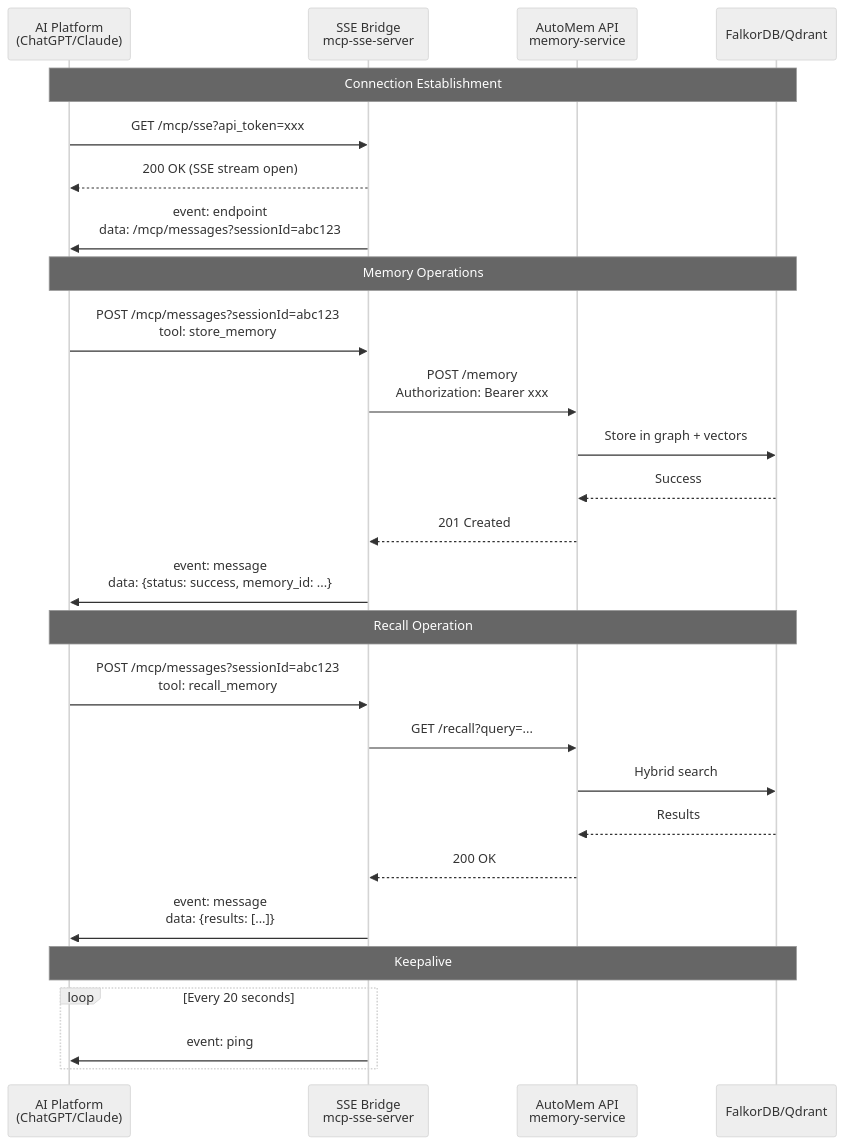
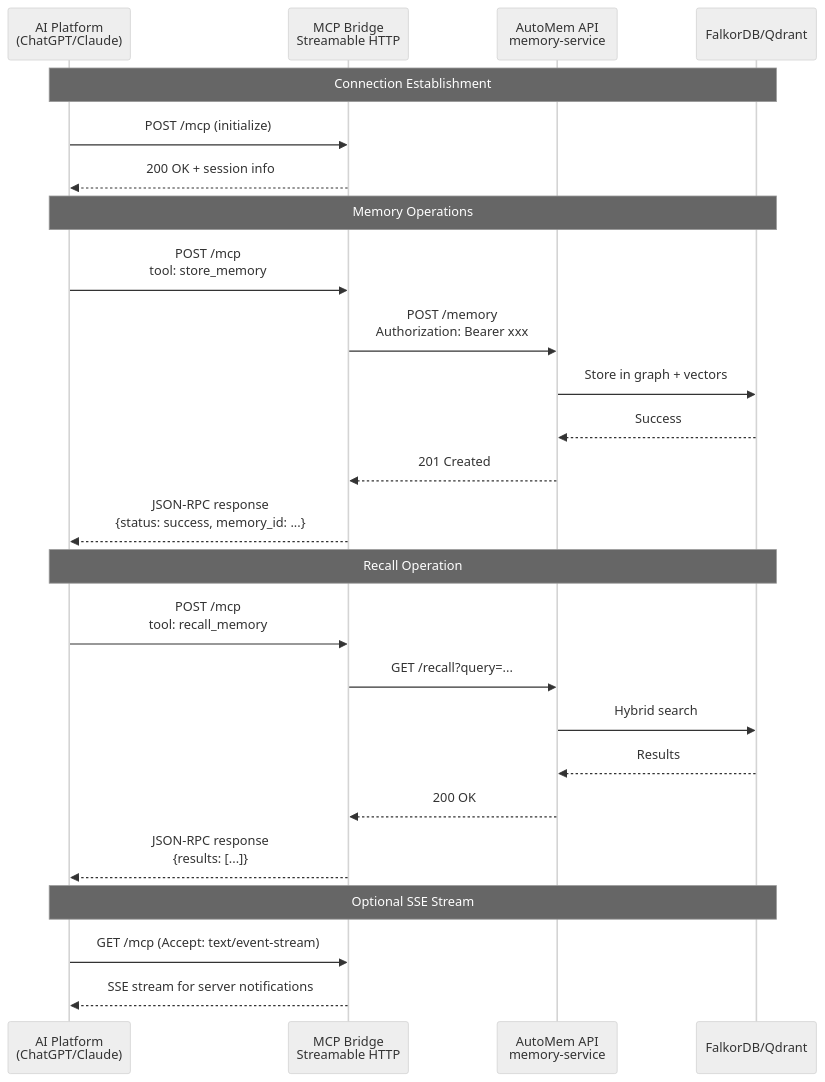
Before and after one commit to verygoodplugins/automem: the second of 2 diagrams in docs/MCP_SSE.md, drawn with Mermaid (neutral theme). The commit also changed other lines of this file and 2 other files, not shown here.

First line of the commit message:
docs: update diagrams for Streamable HTTP transport

````diff
--- a/docs/MCP_SSE.md
+++ b/docs/MCP_SSE.md
@@ -159,33 +165,31 @@
 ```mermaid
 sequenceDiagram
     participant Client as AI Platform<br/>(ChatGPT/Claude)
-    participant SSE as SSE Bridge<br/>mcp-sse-server
+    participant MCP as MCP Bridge<br/>Streamable HTTP
     participant API as AutoMem API<br/>memory-service
     participant DB as FalkorDB/Qdrant
 
     Note over Client,DB: Connection Establishment
-    Client->>SSE: GET /mcp/sse?api_token=xxx
-    SSE-->>Client: 200 OK (SSE stream open)
-    SSE->>Client: event: endpoint<br/>data: /mcp/messages?sessionId=abc123
+    Client->>MCP: POST /mcp (initialize)
+    MCP-->>Client: 200 OK + session info
 
     Note over Client,DB: Memory Operations
-    Client->>SSE: POST /mcp/messages?sessionId=abc123<br/>tool: store_memory
-    SSE->>API: POST /memory<br/>Authorization: Bearer xxx
+    Client->>MCP: POST /mcp<br/>tool: store_memory
+    MCP->>API: POST /memory<br/>Authorization: Bearer xxx
     API->>DB: Store in graph + vectors
     DB-->>API: Success
-    API-->>SSE: 201 Created
-    SSE->>Client: event: message<br/>data: {status: success, memory_id: ...}
+    API-->>MCP: 201 Created
+    MCP-->>Client: JSON-RPC response<br/>{status: success, memory_id: ...}
 
     Note over Client,DB: Recall Operation
-    Client->>SSE: POST /mcp/messages?sessionId=abc123<br/>tool: recall_memory
-    SSE->>API: GET /recall?query=...
+    Client->>MCP: POST /mcp<br/>tool: recall_memory
+    MCP->>API: GET /recall?query=...
     API->>DB: Hybrid search
     DB-->>API: Results
-    API-->>SSE: 200 OK
-    SSE->>Client: event: message<br/>data: {results: [...]}
+    API-->>MCP: 200 OK
+    MCP-->>Client: JSON-RPC response<br/>{results: [...]}
 
-    Note over Client,DB: Keepalive
-    loop Every 20 seconds
-        SSE->>Client: event: ping
-    end
+    Note over Client,DB: Optional SSE Stream
+    Client->>MCP: GET /mcp (Accept: text/event-stream)
+    MCP-->>Client: SSE stream for server notifications
 ```
````
